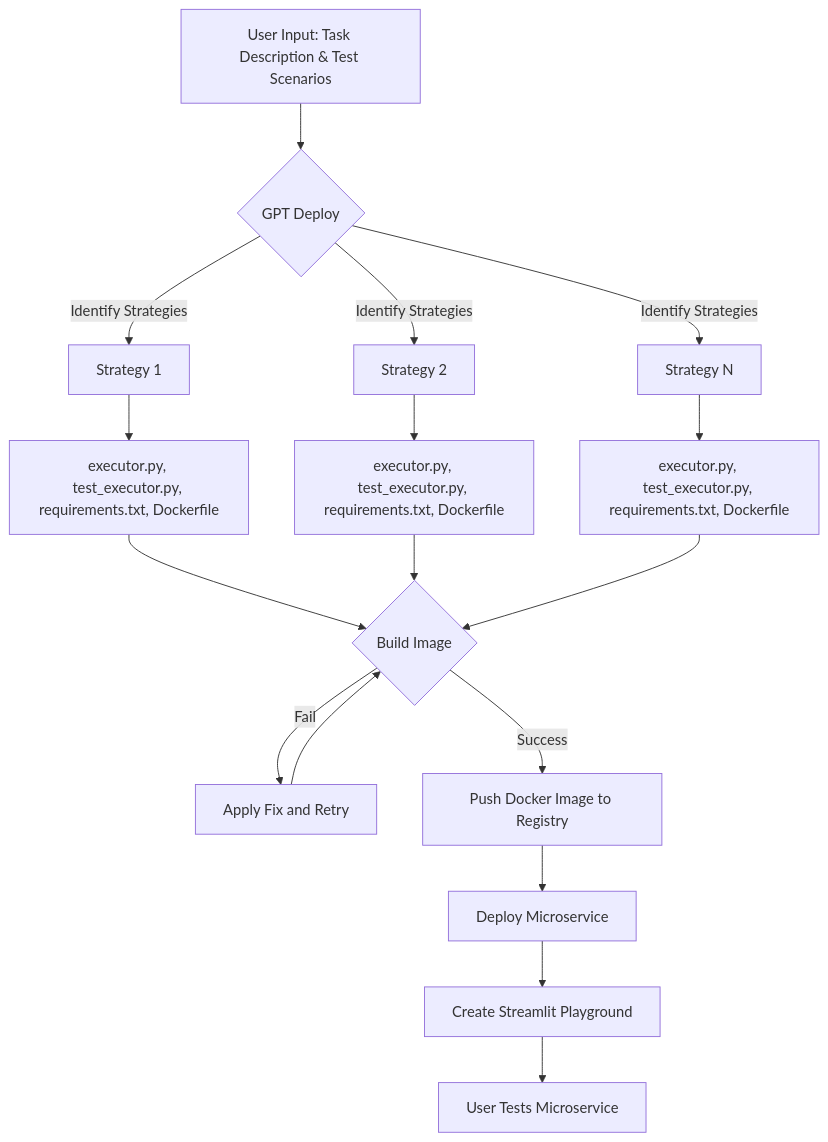
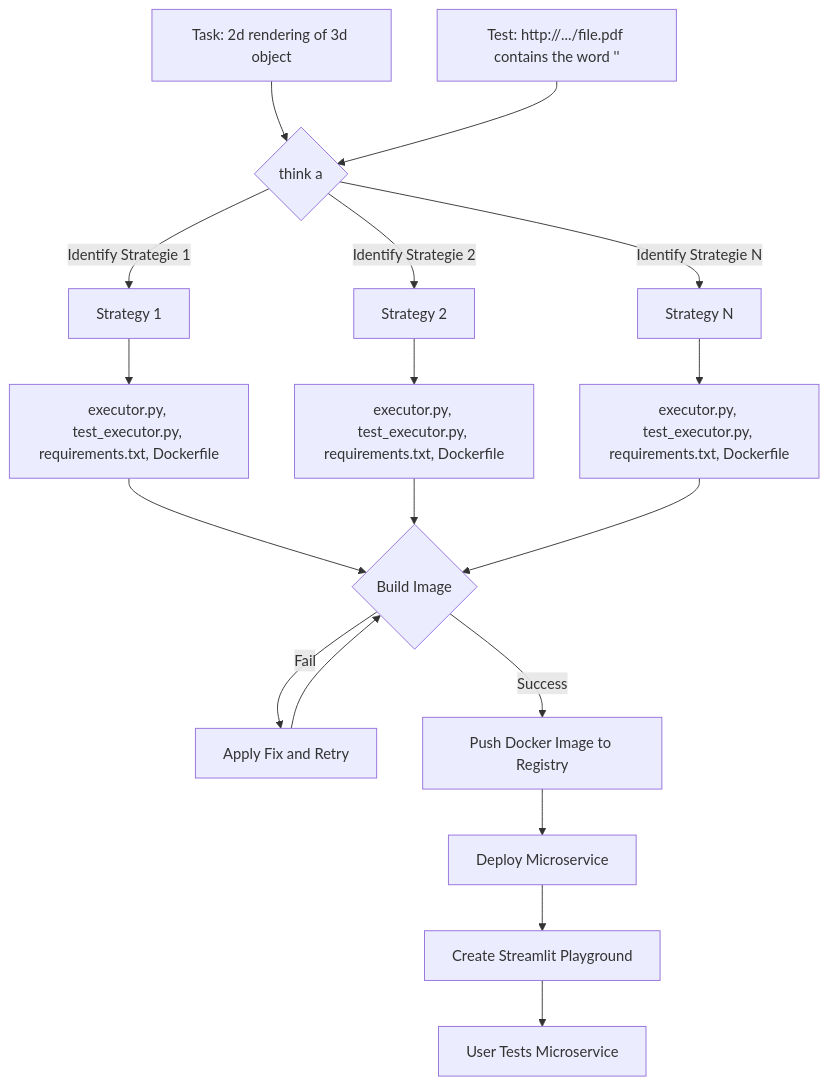
One commit to jina-ai/dev-gpt changed the diagram in README.md. Above: the diagram before and after it, drawn with Mermaid. The commit also changed other lines of this file and 6 other files, not shown here.

````diff
--- a/README.md
+++ b/README.md
@@ -23,19 +23,20 @@
 ```mermaid
 graph TB
-    A[User Input: Task Description & Test Scenarios] --> B{GPT Deploy}
-    B -->|Identify Strategies| C[Strategy 1]
-    B -->|Identify Strategies| D[Strategy 2]
-    B -->|Identify Strategies| E[Strategy N]
+    AA[Task: 2d rendering of 3d object] --> B{think a}
+    AB[Test: http://.../file.pdf contains the word ''] --> B{think a}
+    B -->|Identify Strategie 1| C[Strategy 1]
+    B -->|Identify Strategie 2| D[Strategy 2]
+    B -->|Identify Strategie N| E[Strategy N]
     C --> F[executor.py, test_executor.py, requirements.txt, Dockerfile]
     D --> G[executor.py, test_executor.py, requirements.txt, Dockerfile]
     E --> H[executor.py, test_executor.py, requirements.txt, Dockerfile]
     F --> I{Build Image}
     G --> I
     H --> I
     I -->|Fail| J[Apply Fix and Retry]
     J --> I
     I -->|Success| K[Push Docker Image to Registry]
     K --> L[Deploy Microservice]
     L --> M[Create Streamlit Playground]
     M --> N[User Tests Microservice]
 ```
````
